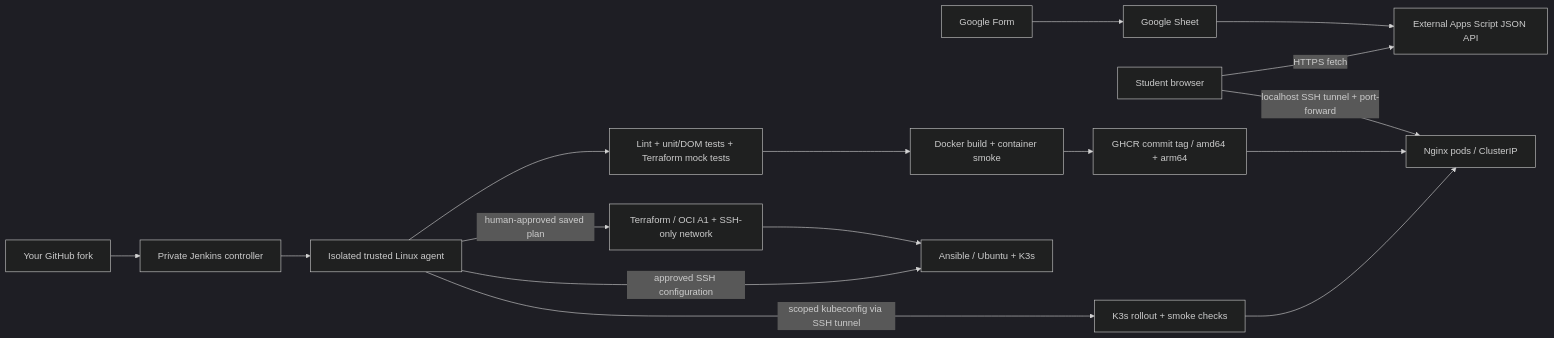
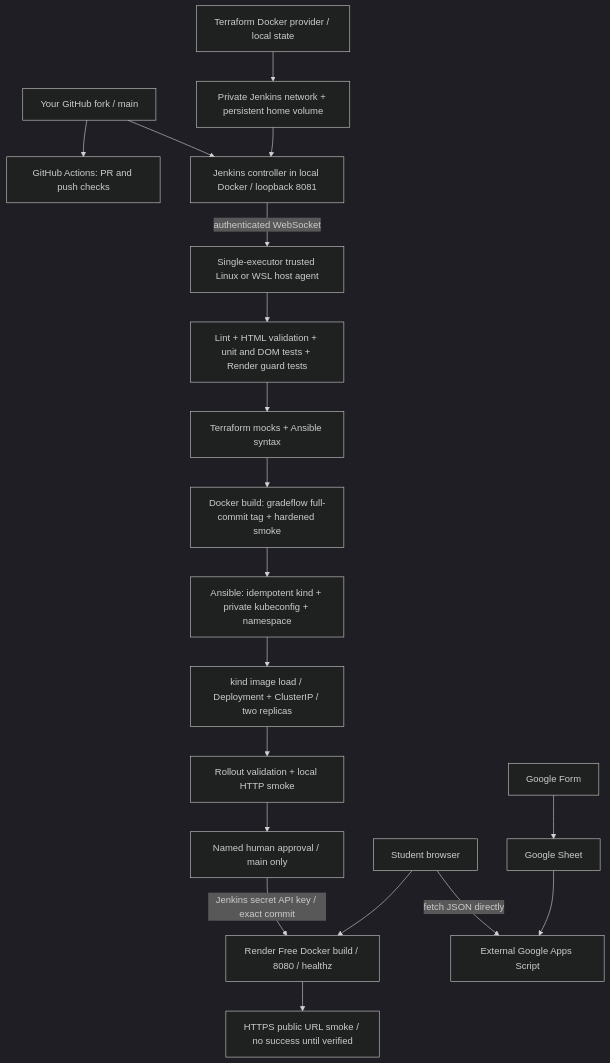
One commit to Joshi-taro/GradeFlow changed the diagram in README.md. Above: the diagram before and after it, drawn with Mermaid (dark theme). The commit also changed other lines of this file and 16 other files, not shown here.

Commit message:
feat: make local Jenkins and kind with approved Render Free releases primary

````diff
--- a/README.md
+++ b/README.md
@@ -5,18 +7,20 @@
 ```mermaid
-flowchart LR
-  F[Google Form] --> S[Google Sheet]
-  S --> A[External Apps Script JSON API]
-  B[Student browser] -->|HTTPS fetch| A
-  B -->|localhost SSH tunnel + port-forward| N[Nginx pods / ClusterIP]
-  G[Your GitHub fork] --> J[Private Jenkins controller]
-  J --> T[Isolated trusted Linux agent]
-  T --> Q[Lint + unit/DOM tests + Terraform mock tests]
-  Q --> D[Docker build + container smoke]
-  D --> R[GHCR commit tag / amd64 + arm64]
-  T -->|human-approved saved plan| O[Terraform / OCI A1 + SSH-only network]
-  T -->|approved SSH configuration| C[Ansible / Ubuntu + K3s]
-  O --> C
-  R --> N
-  T -->|scoped kubeconfig via SSH tunnel| K[K3s rollout + smoke checks]
-  K --> N
+flowchart TD
+  G[Your GitHub fork / main] --> A[GitHub Actions: PR and push checks]
+  G --> J[Jenkins controller in local Docker / loopback 8081]
+  TF[Terraform Docker provider / local state] --> N[Private Jenkins network + persistent home volume]
+  N --> J
+  J -->|authenticated WebSocket| W[Single-executor trusted Linux or WSL host agent]
+  W --> T[Lint + HTML validation + unit and DOM tests + Render guard tests]
+  T --> V[Terraform mocks + Ansible syntax]
+  V --> D[Docker build: gradeflow full-commit tag + hardened smoke]
+  D --> AN[Ansible: idempotent kind + private kubeconfig + namespace]
+  AN --> K[kind image load / Deployment + ClusterIP / two replicas]
+  K --> C[Rollout validation + local HTTP smoke]
+  C --> H[Named human approval / main only]
+  H -->|Jenkins secret API key / exact commit| R[Render Free Docker build / 8080 / healthz]
+  R --> P[HTTPS public URL smoke / no success until verified]
+  B[Student browser] --> R
+  B -->|fetch JSON directly| GS[External Google Apps Script]
+  F[Google Form] --> S[Google Sheet] --> GS
 ```
````
